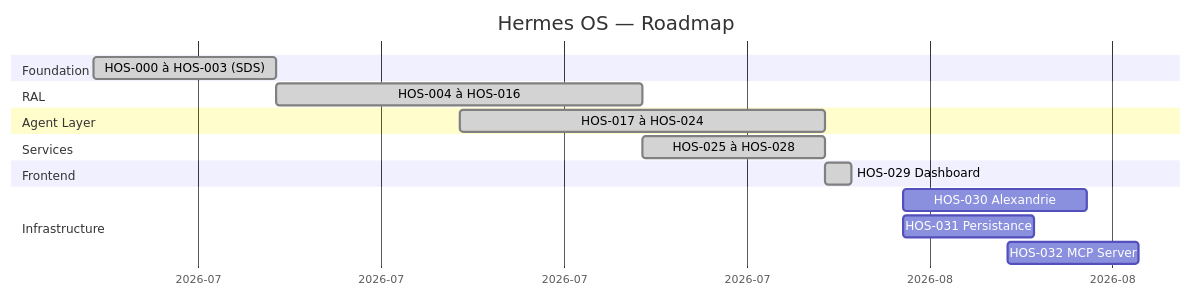
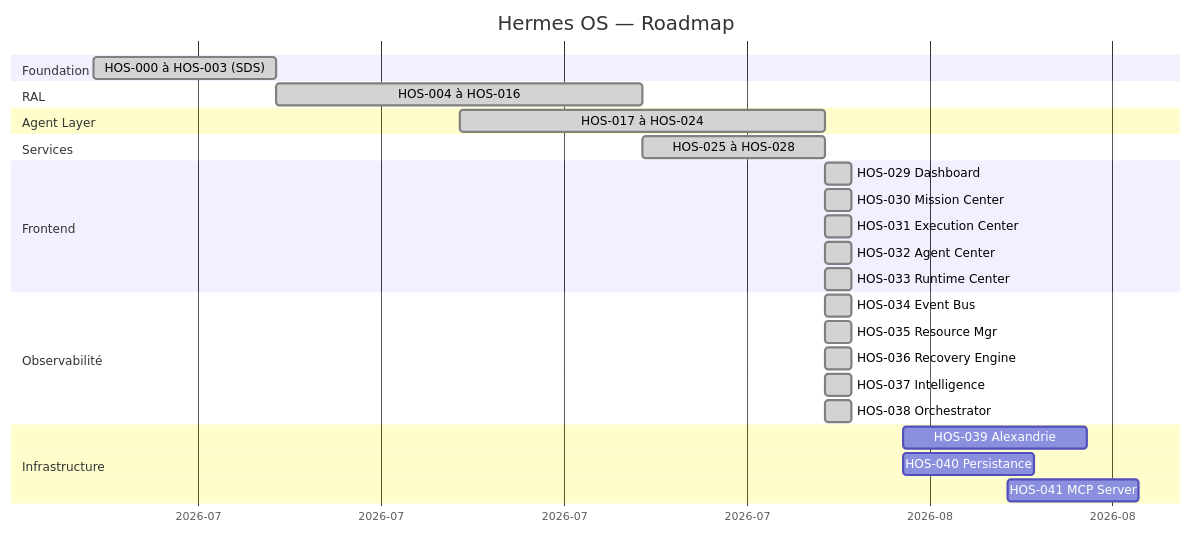
One commit to emericjean-lgtm/Hermes_OS changed the diagram in ROADMAP.md. Above: the diagram before and after it, drawn with Mermaid. The commit also changed other lines of this file and 39 other files, not shown here.

Commit message:
HOS-034 to HOS-038: Runtime Stack - EventBus, ResourceManager, RecoveryEngine, IntelligenceLayer, Orchestrator (120 tests)

````diff
--- a/ROADMAP.md
+++ b/ROADMAP.md
@@ -118,26 +129,37 @@
 ```mermaid
 gantt
     title Hermes OS — Roadmap
     dateFormat  YYYY-MM-DD
     axisFormat  %Y-%m
 
     section Foundation
     HOS-000 à HOS-003 (SDS)    :done, 2026-07-01, 7d
 
     section RAL
     HOS-004 à HOS-016          :done, 2026-07-08, 14d
 
     section Agent Layer
     HOS-017 à HOS-024          :done, 2026-07-15, 14d
 
     section Services
     HOS-025 à HOS-028          :done, 2026-07-22, 7d
 
     section Frontend
     HOS-029 Dashboard          :done, 2026-07-29, 1d
+    HOS-030 Mission Center      :done, 2026-07-29, 1d
+    HOS-031 Execution Center     :done, 2026-07-29, 1d
+    HOS-032 Agent Center         :done, 2026-07-29, 1d
+    HOS-033 Runtime Center        :done, 2026-07-29, 1d
+
+    section Observabilité
+    HOS-034 Event Bus          :done, 2026-07-29, 1d
+    HOS-035 Resource Mgr       :done, 2026-07-29, 1d
+    HOS-036 Recovery Engine    :done, 2026-07-29, 1d
+    HOS-037 Intelligence        :done, 2026-07-29, 1d
+    HOS-038 Orchestrator        :done, 2026-07-29, 1d
 
     section Infrastructure
-    HOS-030 Alexandrie         :2026-08-01, 7d
-    HOS-031 Persistance        :2026-08-01, 5d
-    HOS-032 MCP Server         :2026-08-05, 5d
+    HOS-039 Alexandrie         :2026-08-01, 7d
+    HOS-040 Persistance        :2026-08-01, 5d
+    HOS-041 MCP Server         :2026-08-05, 5d
 ```
````
